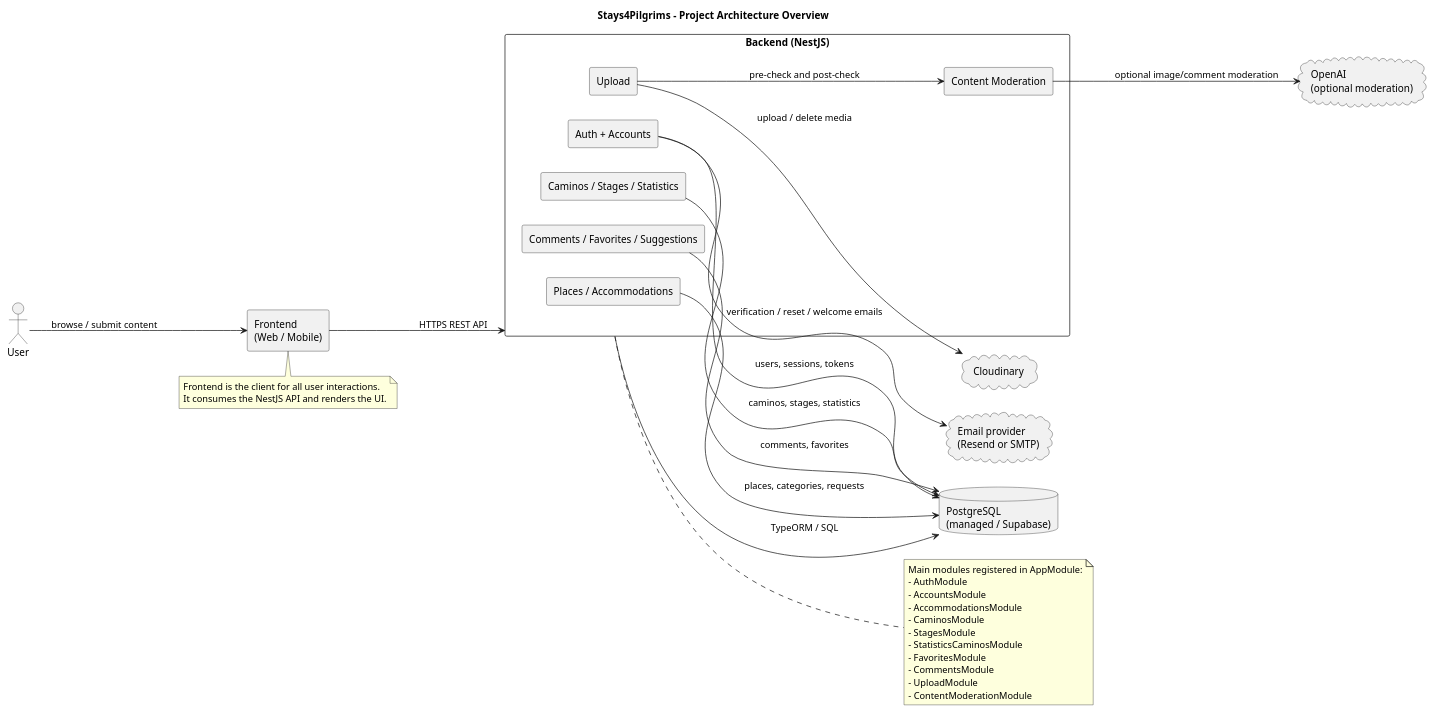
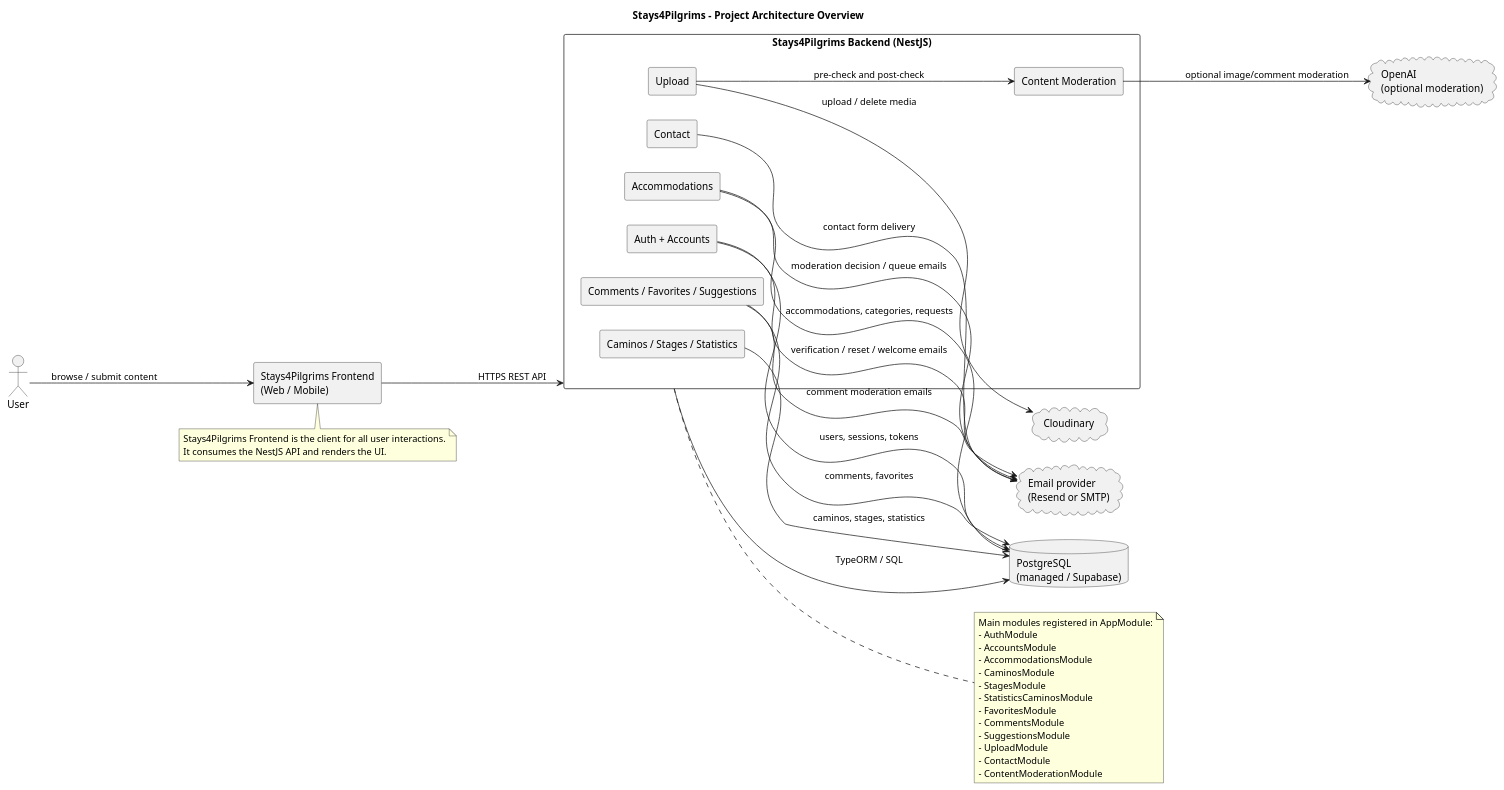
The diagram in docs/diagrams/project-architecture.puml (alegna83/cookbook-be), drawn with PlantUML before and after one commit. The commit also changed 39 other files, not shown here.

Commit message:
docs(diagrams): normalize accommodation naming and refresh thesis references

```diff
--- a/docs/diagrams/project-architecture.puml
+++ b/docs/diagrams/project-architecture.puml
@@ -1,59 +1,65 @@
 @startuml
 title Stays4Pilgrims - Project Architecture Overview
 
 left to right direction
 skinparam componentStyle rectangle
 skinparam shadowing false
 skinparam packageStyle rectangle
 
 actor User
 
-component "Frontend\n(Web / Mobile)" as FE
+component "Stays4Pilgrims Frontend\n(Web / Mobile)" as FE
 
-package "Backend (NestJS)" as BE {
+package "Stays4Pilgrims Backend (NestJS)" as BE {
   component "Auth + Accounts" as AUTH
-  component "Places / Accommodations" as ACC
+  component "Accommodations" as ACC
   component "Caminos / Stages / Statistics" as ROUTES
   component "Comments / Favorites / Suggestions" as SOCIAL
   component "Upload" as UPLOAD
+  component "Contact" as CONTACT
   component "Content Moderation" as MOD
 }
 
 database "PostgreSQL\n(managed / Supabase)" as DB
 cloud "Cloudinary" as CLOUDINARY
 cloud "Email provider\n(Resend or SMTP)" as EMAIL
 cloud "OpenAI\n(optional moderation)" as OPENAI
 
 User --> FE : browse / submit content
 FE --> BE : HTTPS REST API
 
 AUTH --> DB : users, sessions, tokens
-ACC --> DB : places, categories, requests
+ACC --> DB : accommodations, categories, requests
 ROUTES --> DB : caminos, stages, statistics
 SOCIAL --> DB : comments, favorites
 UPLOAD --> CLOUDINARY : upload / delete media
 UPLOAD --> MOD : pre-check and post-check
 MOD --> OPENAI : optional image/comment moderation
 AUTH --> EMAIL : verification / reset / welcome emails
+ACC --> EMAIL : moderation decision / queue emails
+SOCIAL --> EMAIL : comment moderation emails
+CONTACT --> EMAIL : contact form delivery
 BE --> DB : TypeORM / SQL
 
 note right of BE
   Main modules registered in AppModule:
   - AuthModule
   - AccountsModule
   - AccommodationsModule
   - CaminosModule
   - StagesModule
   - StatisticsCaminosModule
   - FavoritesModule
   - CommentsModule
+  - SuggestionsModule
   - UploadModule
+  - ContactModule
   - ContentModerationModule
 end note
 
 note bottom of FE
-  Frontend is the client for all user interactions.
+  Stays4Pilgrims Frontend is the client for all user interactions.
   It consumes the NestJS API and renders the UI.
 end note
 
 @enduml
```
